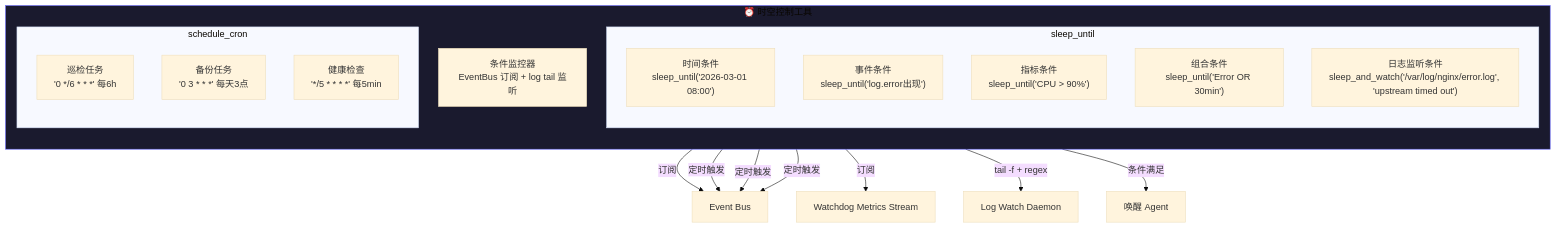
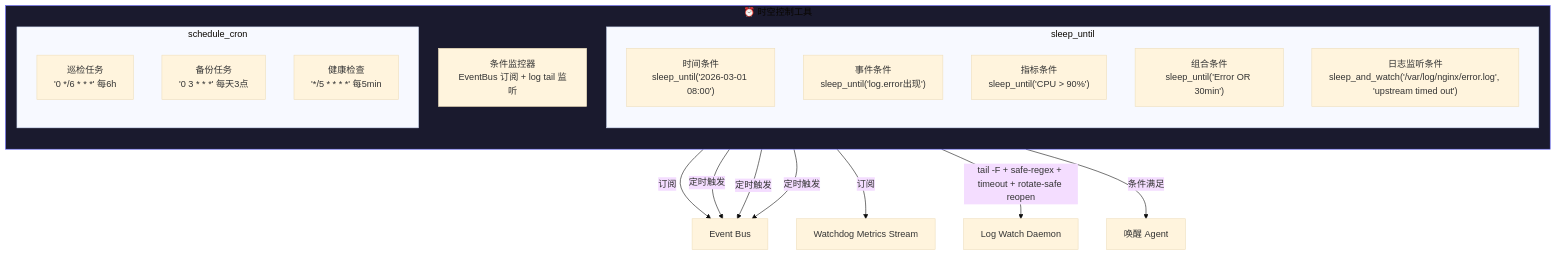
The ninth of 17 diagrams in doc/12-limbs-layer-modules.md (Yidhar/Embla_System), drawn with Mermaid (base theme) before and after one commit. The commit also changed other lines of this file and 13 other files, not shown here.

Commit message:
docs: refresh architecture specs and security blindspot baseline

````diff
--- a/doc/12-limbs-layer-modules.md
+++ b/doc/12-limbs-layer-modules.md
@@ -441,29 +569,29 @@
 ```mermaid
 flowchart TB
     subgraph Chronos["⏰ 时空控制工具"]
         direction TB
         subgraph SleepUntil["sleep_until"]
             S_TIME["时间条件<br/>sleep_until('2026-03-01 08:00')"]
             S_EVENT["事件条件<br/>sleep_until('log.error出现')"]
             S_METRIC["指标条件<br/>sleep_until('CPU > 90%')"]
             S_COMBO["组合条件<br/>sleep_until('Error OR 30min')"]
             S_WATCH["日志监听条件<br/>sleep_and_watch('/var/log/nginx/error.log', 'upstream timed out')"]
         end
 
         subgraph Cron["schedule_cron"]
             C_PATROL["巡检任务<br/>'0 */6 * * *' 每6h"]
             C_BACKUP["备份任务<br/>'0 3 * * *' 每天3点"]
             C_HEALTH["健康检查<br/>'*/5 * * * *' 每5min"]
         end
 
         WATCHER["条件监控器<br/>EventBus 订阅 + log tail 监听"]
     end
 
     S_EVENT -->|"订阅"| EB["Event Bus"]
     S_METRIC -->|"订阅"| WD["Watchdog Metrics Stream"]
-    S_WATCH -->|"tail -f + regex"| LOGD["Log Watch Daemon"]
+    S_WATCH -->|"tail -F + safe-regex + timeout + rotate-safe reopen"| LOGD["Log Watch Daemon"]
     WATCHER -->|"条件满足"| WAKE["唤醒 Agent"]
     C_PATROL & C_BACKUP & C_HEALTH -->|"定时触发"| EB
 
     style Chronos fill:#1a1a2e,stroke:#6666ff
 ```
````
